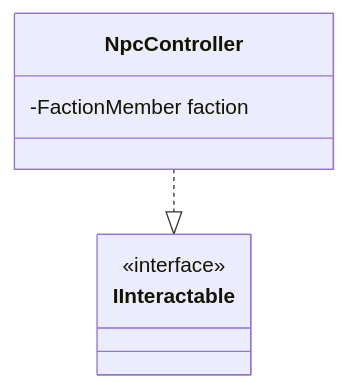
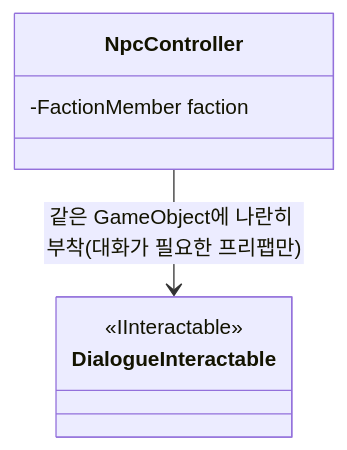
One commit to Seung-Hyun-211/ClaudeUnityPluginTest changed the third of 4 diagrams in documents/character-system.md. Above: the diagram before and after it, drawn with Mermaid. The commit also changed other lines of this file and 13 other files, not shown here.

````diff
--- a/documents/character-system.md
+++ b/documents/character-system.md
@@ -76,10 +76,10 @@
 ```mermaid
 classDiagram
     class NpcController {
         -FactionMember faction
     }
-    class IInteractable {
-        <<interface>>
+    class DialogueInteractable {
+        <<IInteractable>>
     }
-    NpcController ..|> IInteractable
+    NpcController --> DialogueInteractable : 같은 GameObject에 나란히 부착(대화가 필요한 프리팹만)
 ```
````
